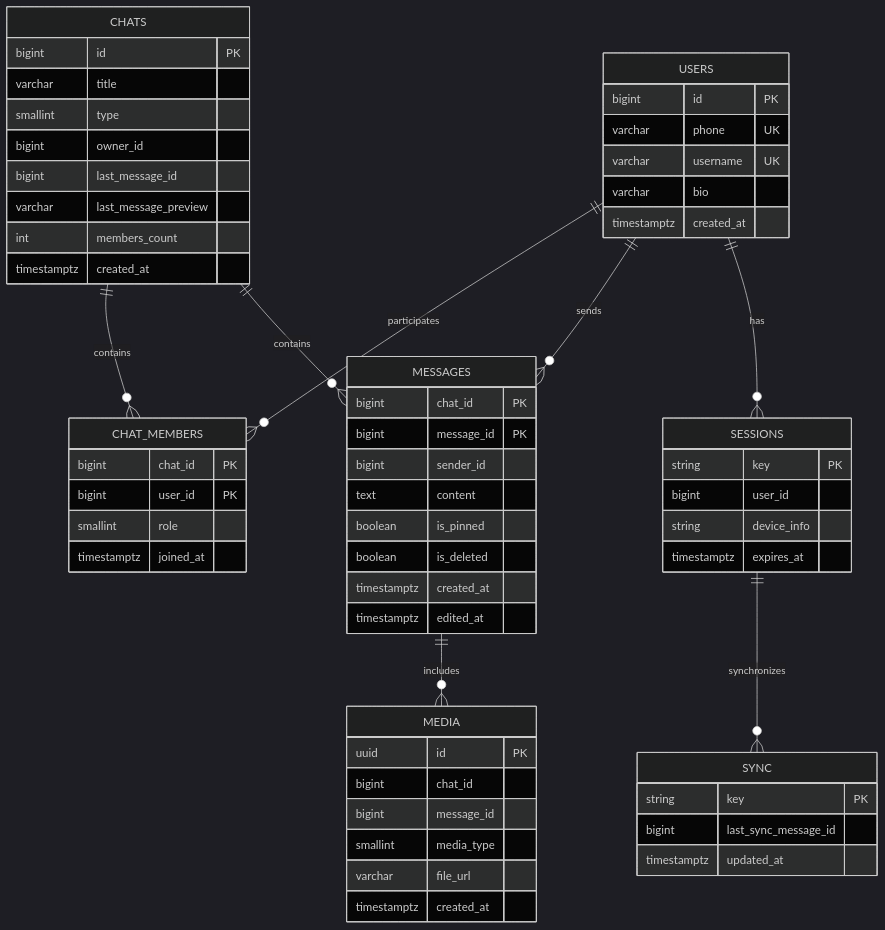
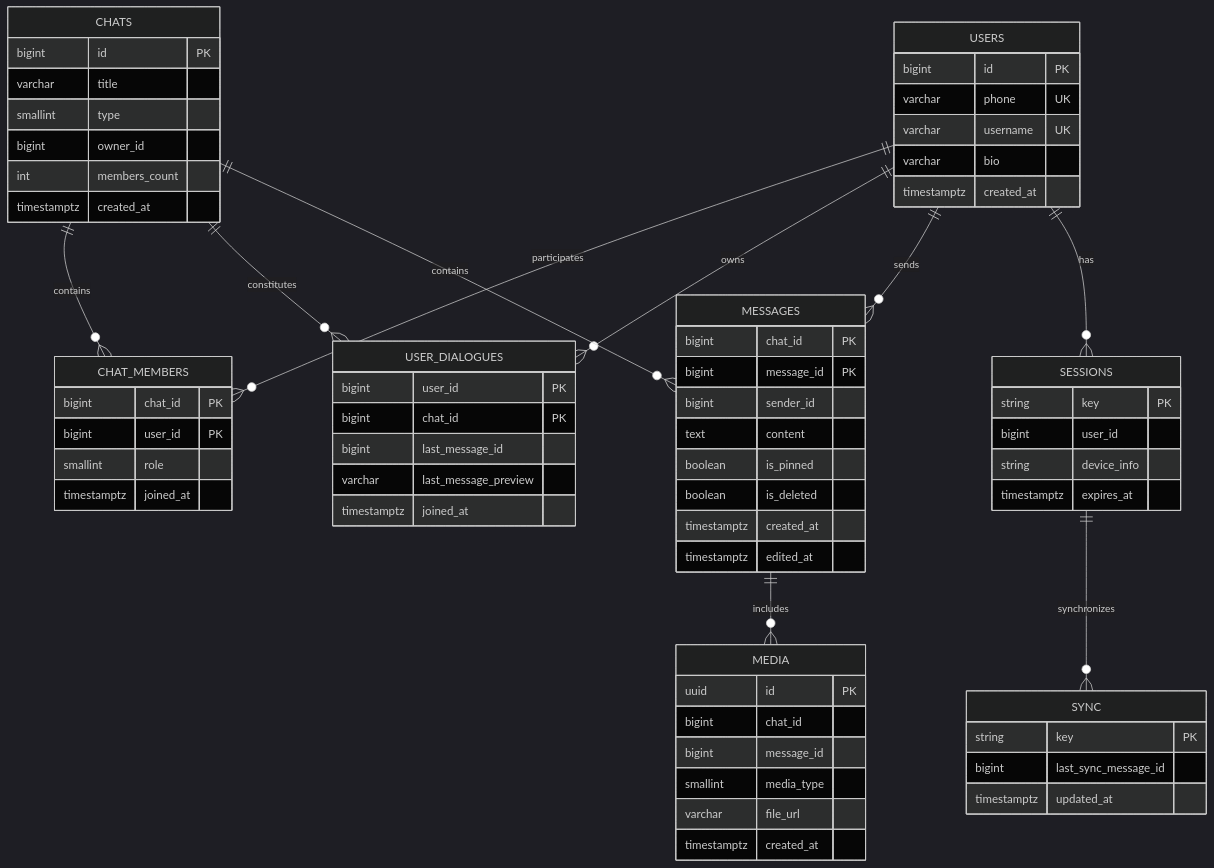
One commit to Liza05444/VK_Education_Highload changed the second of 2 diagrams in README.md. Above: the diagram before and after it, drawn with Mermaid (dark theme). The commit also changed other lines of this file, not shown here.

````diff
--- a/README.md
+++ b/README.md
@@ -346,69 +346,77 @@
 ```mermaid
 erDiagram
     USERS {
         bigint id PK
         varchar phone UK
         varchar username UK
         varchar bio
         timestamptz created_at
     }
 
     CHATS {
         bigint id PK
         varchar title
         smallint type
         bigint owner_id
-        bigint last_message_id
-        varchar last_message_preview
         int members_count
         timestamptz created_at
     }
 
     CHAT_MEMBERS {
         bigint chat_id PK
         bigint user_id PK
         smallint role
+        timestamptz joined_at
+    }
+
+    USER_DIALOGUES {
+        bigint user_id PK
+        bigint chat_id PK
+        bigint last_message_id
+        varchar last_message_preview
         timestamptz joined_at
     }
 
     MEDIA {
         uuid id PK
         bigint chat_id
         bigint message_id
         smallint media_type
         varchar file_url
         timestamptz created_at
     }
 
     MESSAGES {
         bigint chat_id PK
         bigint message_id PK
         bigint sender_id
         text content
         boolean is_pinned
         boolean is_deleted
         timestamptz created_at
         timestamptz edited_at
     }
 
     SESSIONS {
         string key PK
         bigint user_id
         string device_info
         timestamptz expires_at
     }
 
     SYNC {
         string key PK
         bigint last_sync_message_id
         timestamptz updated_at
     }
 
     USERS ||--o{ CHAT_MEMBERS : participates
     CHATS ||--o{ CHAT_MEMBERS : contains
+    USERS ||--o{ USER_DIALOGUES : owns
+    CHATS ||--o{ USER_DIALOGUES : constitutes
     CHATS ||--o{ MESSAGES : contains
     USERS ||--o{ MESSAGES : sends
     MESSAGES ||--o{ MEDIA : includes
     USERS ||--o{ SESSIONS : has
     SESSIONS ||--o{ SYNC : synchronizes
 ```
````
